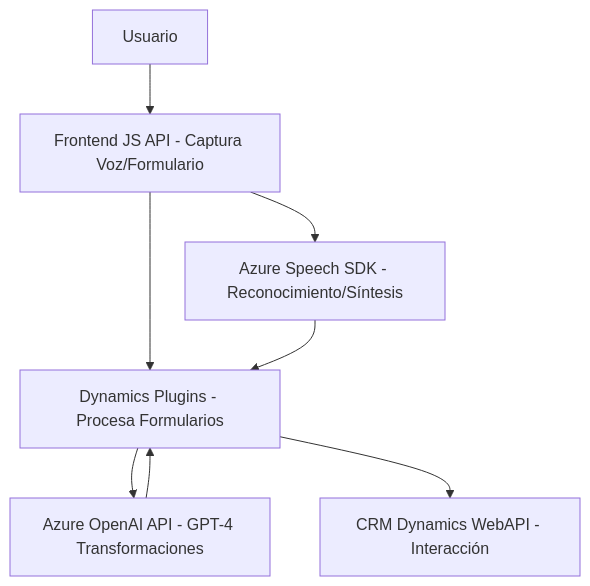
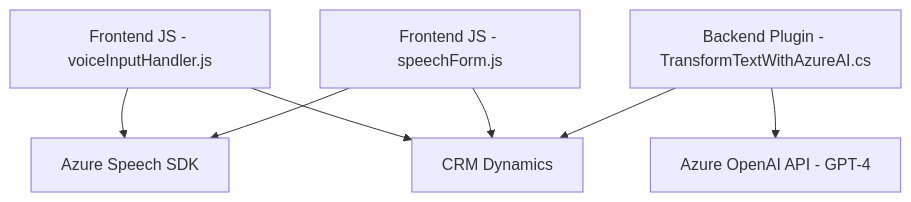
The diagram in README.md (blopezdm/NETCORE_BILBAO2025), drawn with Mermaid before and after one commit. The commit also changed other lines of this file, not shown here.

````diff
--- a/README.md
+++ b/README.md
@@ -41,17 +56,16 @@
 ```mermaid
 graph TD
-    A["Frontend JS API - Captura Voz/Formulario"]
-    B["Azure Speech SDK - Reconocimiento/Síntesis"]
-    C["Dynamics Plugins - Procesa Formularios"]
-    D["Azure OpenAI API - GPT-4 Transformaciones"]
-    E["CRM Dynamics WebAPI - Interacción"]
-    F["Usuario"]
+    A["Frontend JS - voiceInputHandler.js"]
+    B["Frontend JS - speechForm.js"]
+    C["Backend Plugin - TransformTextWithAzureAI.cs"]
+    D["CRM Dynamics"]
+    E["Azure OpenAI API - GPT-4"]
+    F["Azure Speech SDK"]
 
-    F --> A
-    A --> B
-    A --> C
-    B --> C
+    A --> F
+    A --> D
+    B --> F
+    B --> D
+    C --> E
     C --> D
-    C --> E
-    D --> C
 ```
````
